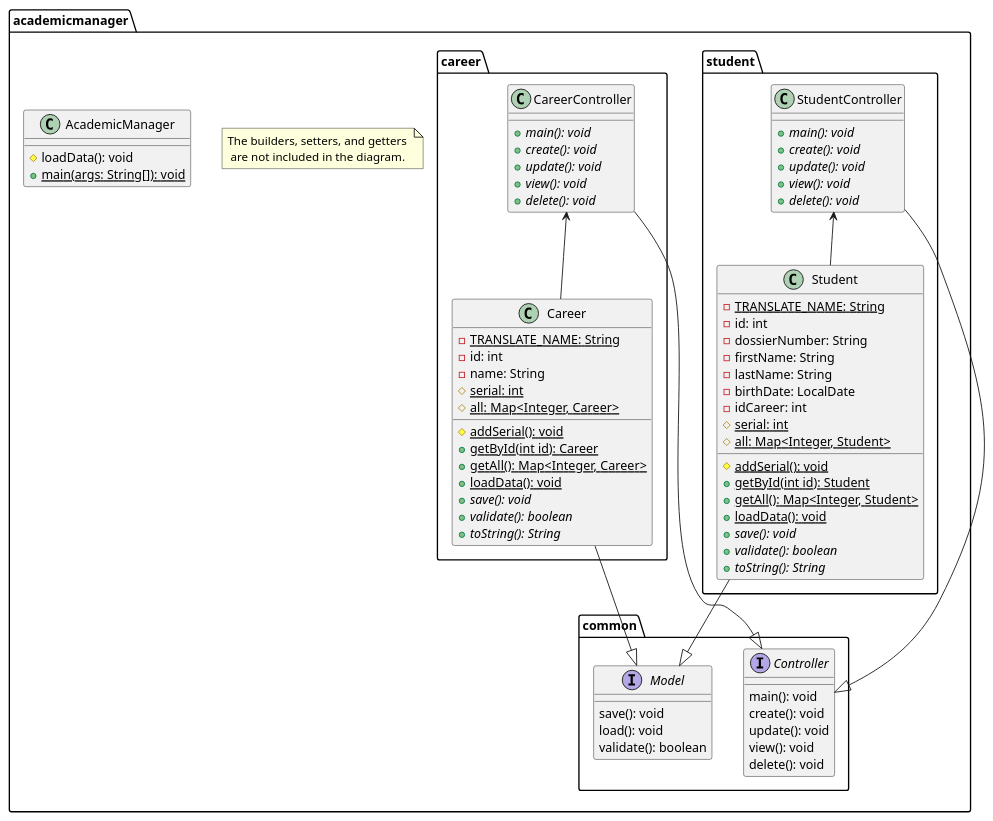
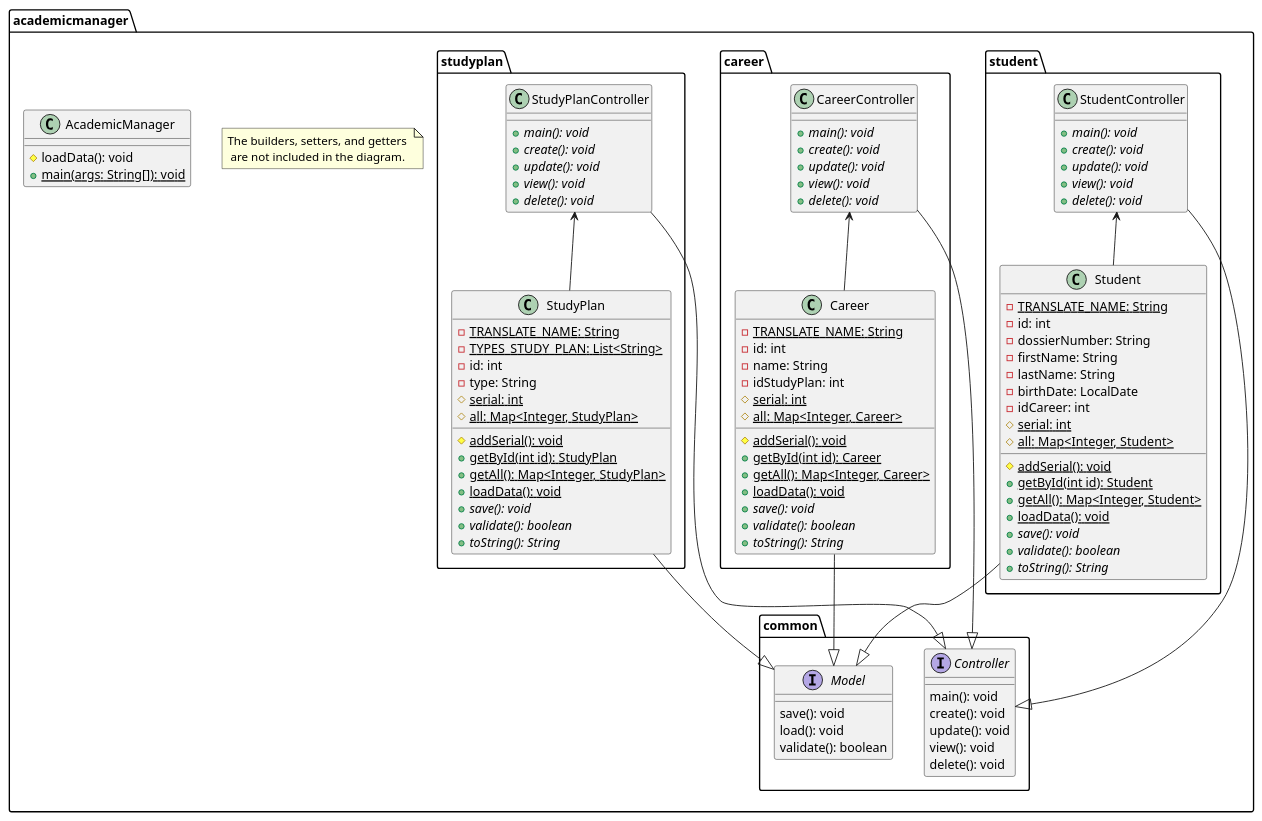
The diagram in AcademicManager.puml (GiulianoPoeta99/tpi-gestor-academico), drawn with PlantUML before and after one commit. The commit also changed 4 other files, not shown here.

Commit message:
se agrego plan de estudio

```diff
--- a/AcademicManager.puml
+++ b/AcademicManager.puml
@@ -1,117 +1,156 @@
 @startuml AcademicManager
 
 
 package academicmanager {
     note "The builders, setters, and getters \n are not included in the diagram." as N1
 
     class AcademicManager {
         # loadData(): void
         {static} + main(args: String[]): void
     }
 
     ' ==========================================================================
 
     package common {
 
         interface Model {
             save(): void
             load(): void
             validate(): boolean
         }
 
         interface Controller {
             main(): void
             create(): void
             update(): void
             view(): void
             delete(): void
         }
 
     }
 
     ' ==========================================================================
 
     package student {
         
         class Student {
             {static} - TRANSLATE_NAME: String
             - id: int
             - dossierNumber: String
             - firstName: String
             - lastName: String
             - birthDate: LocalDate
             - idCareer: int
             {static} # serial: int
             {static} # all: Map<Integer, Student>
 
             {static} # addSerial(): void
             {static} + getById(int id): Student
             {static} + getAll(): Map<Integer, Student>
             {static} + loadData(): void
             {abstract} + save(): void
             {abstract} + validate(): boolean
             {abstract} + toString(): String
         }
 
         class StudentController {
             {abstract} + main(): void
             {abstract} + create(): void
             {abstract} + update(): void
             {abstract} + view(): void
             {abstract} + delete(): void
         }
 
     }
     
     ' ==========================================================================
 
     package career {
         
         class Career {
             {static} - TRANSLATE_NAME: String
             - id: int
             - name: String
+            - idStudyPlan: int
             {static} # serial: int
             {static} # all: Map<Integer, Career>
 
             {static} # addSerial(): void
             {static} + getById(int id): Career
             {static} + getAll(): Map<Integer, Career>
             {static} + loadData(): void
             {abstract} + save(): void
             {abstract} + validate(): boolean
             {abstract} + toString(): String
         }
 
         class CareerController {
+            {abstract} + main(): void
+            {abstract} + create(): void
+            {abstract} + update(): void
+            {abstract} + view(): void
+            {abstract} + delete(): void
+        }
+
+    }
+
+    ' ==========================================================================
+
+    package studyplan {
+        
+        class StudyPlan {
+            {static} - TRANSLATE_NAME: String
+            {static} - TYPES_STUDY_PLAN: List<String>
+            - id: int
+            - type: String
+            {static} # serial: int
+            {static} # all: Map<Integer, StudyPlan>
+
+            {static} # addSerial(): void
+            {static} + getById(int id): StudyPlan
+            {static} + getAll(): Map<Integer, StudyPlan>
+            {static} + loadData(): void
+            {abstract} + save(): void
+            {abstract} + validate(): boolean
+            {abstract} + toString(): String
+        }
+
+        class StudyPlanController {
             {abstract} + main(): void
             {abstract} + create(): void
             {abstract} + update(): void
             {abstract} + view(): void
             {abstract} + delete(): void
         }
 
     }
 }
 
 ' ==============================================================================
 ' conexiones de clases
 
 ' estudiantes 
 
 Student --|> Model
 
 StudentController --|> Controller
 StudentController <-- Student
 
 ' carreras
 
 Career --|> Model
 
 CareerController --|> Controller
 CareerController <-- Career
 
+' Plan de Estudio
+
+StudyPlan --|> Model
+
+StudyPlanController --|> Controller
+StudyPlanController <-- StudyPlan
+
 
 ' ==============================================================================
 
 @enduml
```
